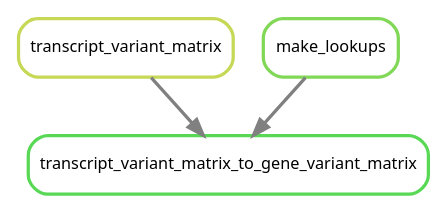
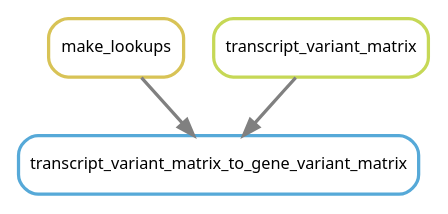
The diagram in doc/source/images/exome_variants.dot (NCBI-Hackathons/Pharmacogenomics_Prediction_Pipeline_P3), drawn with Graphviz before and after one commit. The commit also changed 29 other files, not shown here.

```diff
--- a/doc/source/images/exome_variants.dot
+++ b/doc/source/images/exome_variants.dot
@@ -1,10 +1,10 @@
 digraph snakemake_dag {
     graph[bgcolor=white, margin=0];
     node[shape=box, style=rounded, fontname=sans,                 fontsize=10, penwidth=2];
     edge[penwidth=2, color=grey];
-	0[label = "transcript_variant_matrix", color = "0.19 0.6 0.85", style="rounded"];
-	1[label = "transcript_variant_matrix_to_gene_variant_matrix", color = "0.33 0.6 0.85", style="rounded"];
-	2[label = "make_lookups", color = "0.28 0.6 0.85", style="rounded"];
-	0 -> 1
-	2 -> 1
+	0[label = "make_lookups", color = "0.14 0.6 0.85", style="rounded"];
+	1[label = "transcript_variant_matrix", color = "0.19 0.6 0.85", style="rounded"];
+	2[label = "transcript_variant_matrix_to_gene_variant_matrix", color = "0.56 0.6 0.85", style="rounded"];
+	0 -> 2
+	1 -> 2
 }            
```
